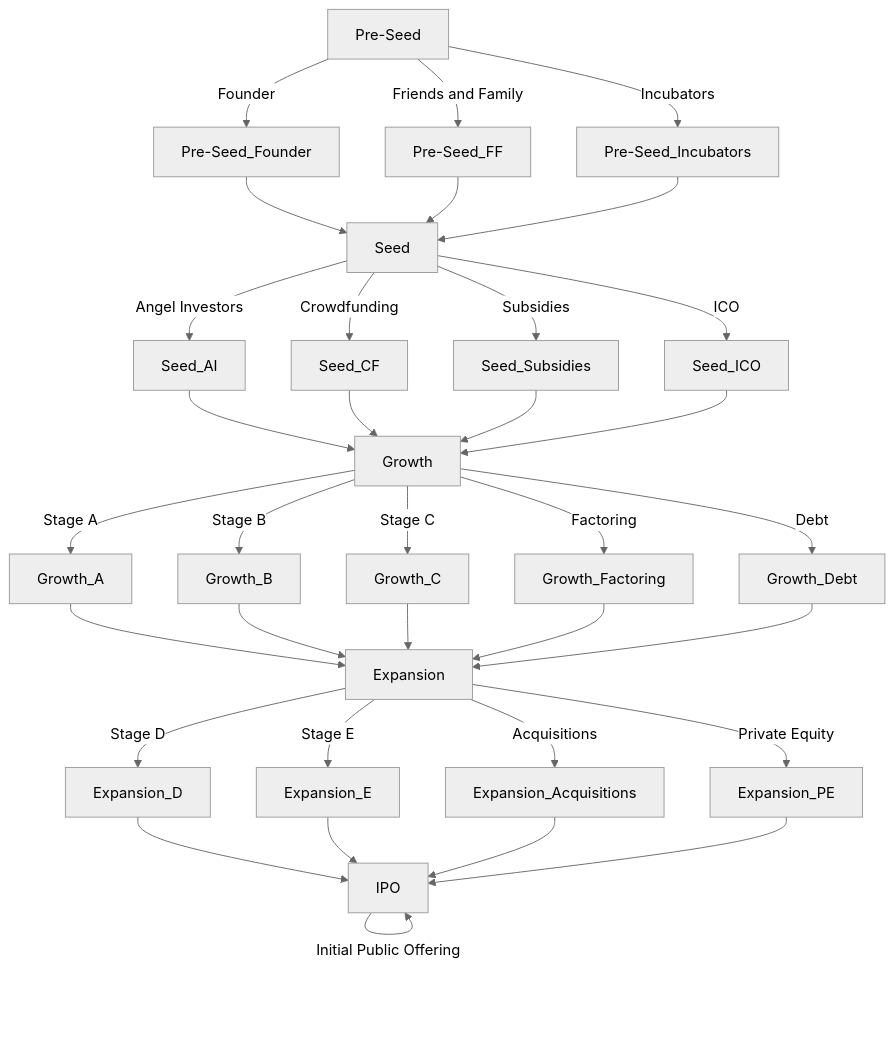
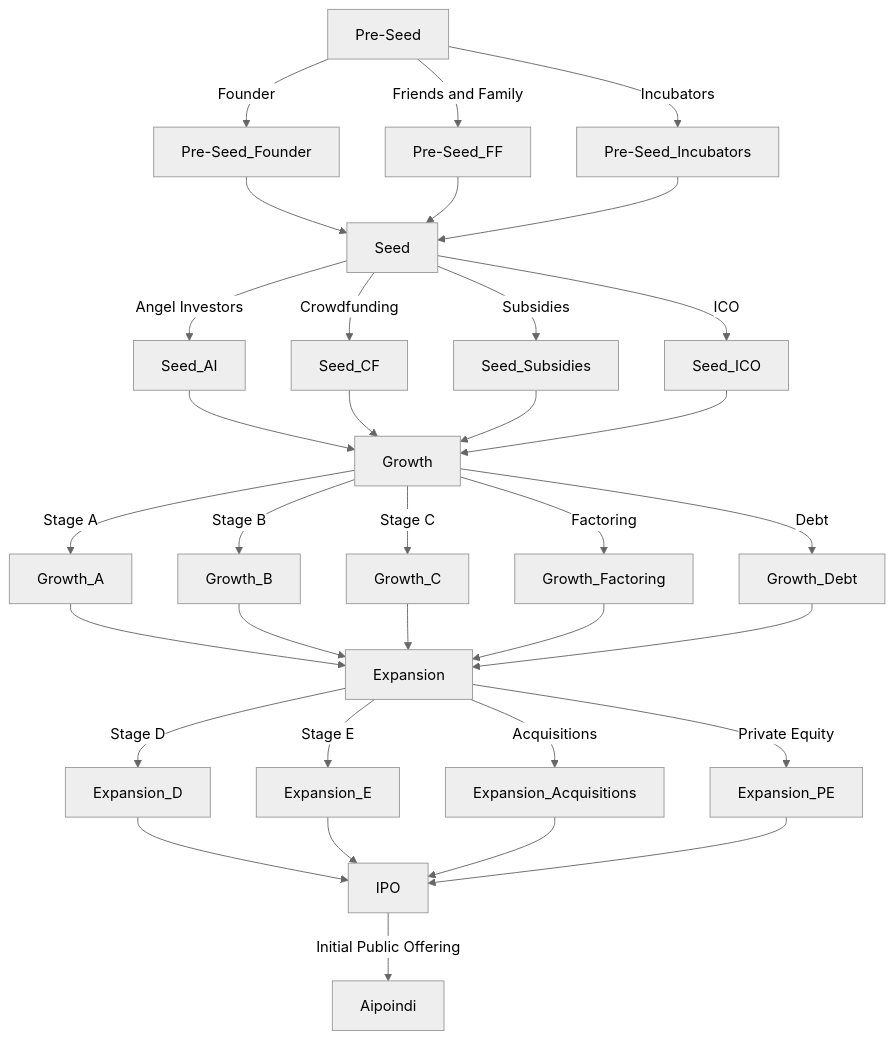
The diagram in IV/IIPME/IIPME III.md (random-goose/Notes-Vault), drawn with Mermaid (neutral theme) before and after one commit. The commit also changed 1 other file, not shown here.

Commit message:
vault backup: 2024-07-18 19:18:31

````diff
--- a/IV/IIPME/IIPME III.md
+++ b/IV/IIPME/IIPME III.md
@@ -29,45 +29,45 @@
 ```mermaid
 flowchart TD
     Pre-Seed --> |Founder| Pre-Seed_Founder
     Pre-Seed --> |Friends and Family| Pre-Seed_FF
     Pre-Seed --> |Incubators| Pre-Seed_Incubators
     
     Seed --> |Angel Investors| Seed_AI
     Seed --> |Crowdfunding| Seed_CF
     Seed --> |Subsidies| Seed_Subsidies
     Seed --> |ICO| Seed_ICO
     
     Growth --> |Stage A| Growth_A
     Growth --> |Stage B| Growth_B
     Growth --> |Stage C| Growth_C
     Growth --> |Factoring| Growth_Factoring
     Growth --> |Debt| Growth_Debt
     
     Expansion --> |Stage D| Expansion_D
     Expansion --> |Stage E| Expansion_E
     Expansion --> |Acquisitions| Expansion_Acquisitions
     Expansion --> |Private Equity| Expansion_PE
     
-    IPO --> |Initial Public Offering| IPO
+    IPO --> |Initial Public Offering| Aipoindi
 
     Pre-Seed_Founder --> Seed
     Pre-Seed_FF --> Seed
     Pre-Seed_Incubators --> Seed
 
     Seed_AI --> Growth
     Seed_CF --> Growth
     Seed_Subsidies --> Growth
     Seed_ICO --> Growth
 
     Growth_A --> Expansion
     Growth_B --> Expansion
     Growth_C --> Expansion
     Growth_Factoring --> Expansion
     Growth_Debt --> Expansion
 
     Expansion_D --> IPO
     Expansion_E --> IPO
     Expansion_Acquisitions --> IPO
     Expansion_PE --> IPO
 
 ```
````
